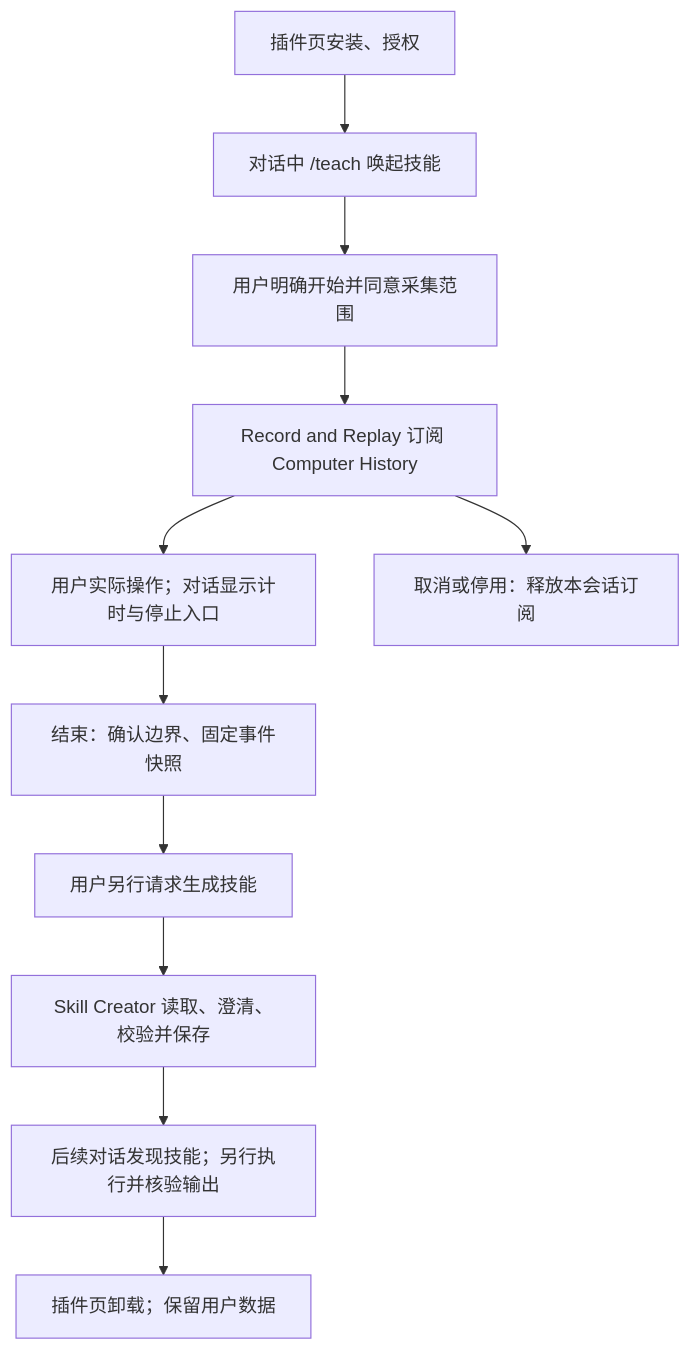
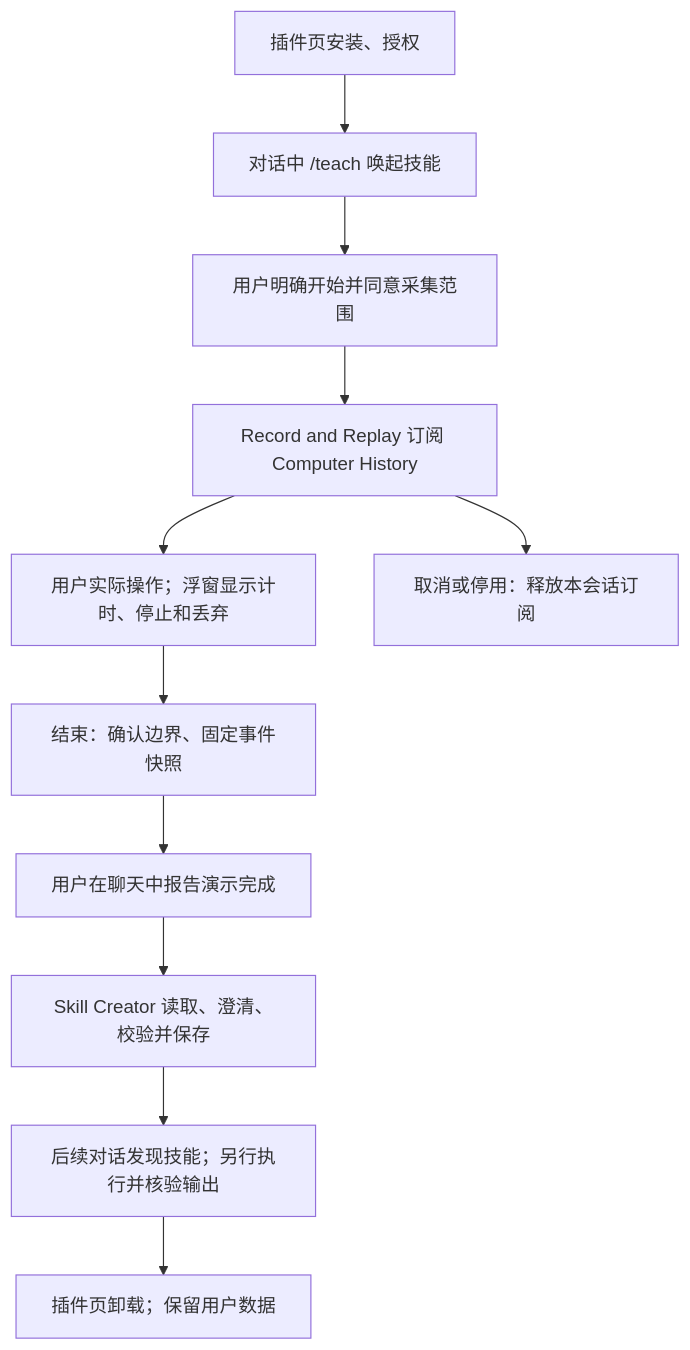
The diagram in docs/teach-mode-windows-macos.md (Jovianix/memmy-agent), drawn with Mermaid before and after one commit. The commit also changed other lines of this file and 11 other files, not shown here.

````diff
--- a/docs/teach-mode-windows-macos.md
+++ b/docs/teach-mode-windows-macos.md
@@ -12,13 +11,13 @@
 ```mermaid
 flowchart TD
     A[插件页安装、授权] --> B[对话中 /teach 唤起技能]
     B --> C[用户明确开始并同意采集范围]
     C --> D[Record and Replay 订阅 Computer History]
-    D --> E[用户实际操作；对话显示计时与停止入口]
+    D --> E[用户实际操作；浮窗显示计时、停止和丢弃]
     E --> F[结束：确认边界、固定事件快照]
-    F --> G[用户另行请求生成技能]
+    F --> G[用户在聊天中报告演示完成]
     G --> H[Skill Creator 读取、澄清、校验并保存]
     H --> I[后续对话发现技能；另行执行并核验输出]
     D --> J[取消或停用：释放本会话订阅]
     I --> K[插件页卸载；保留用户数据]
 ```
````
